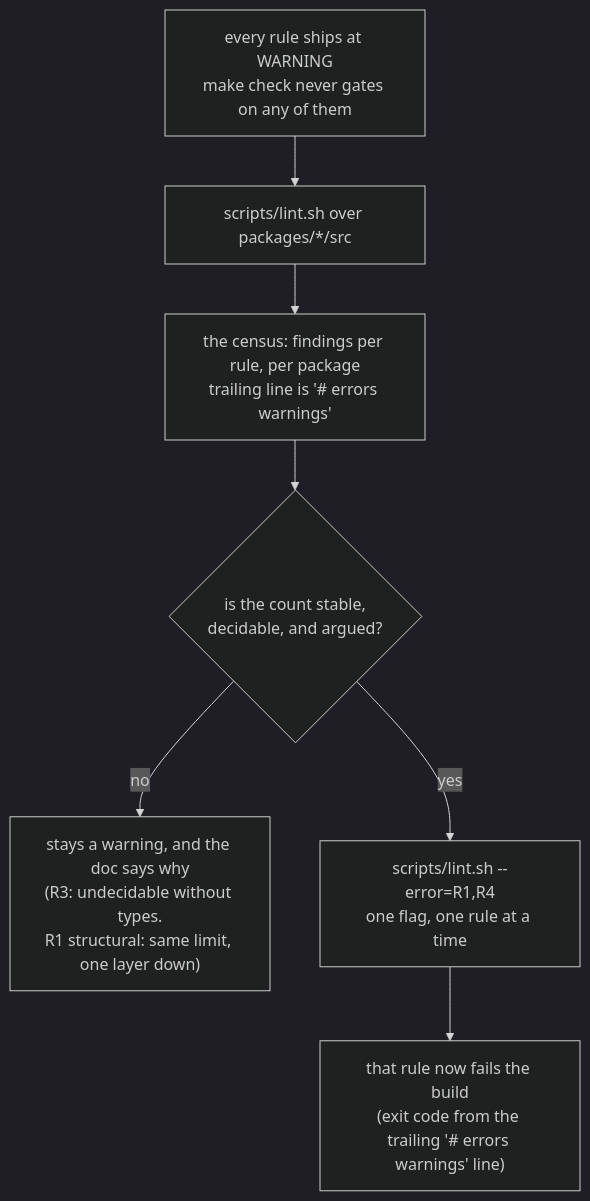
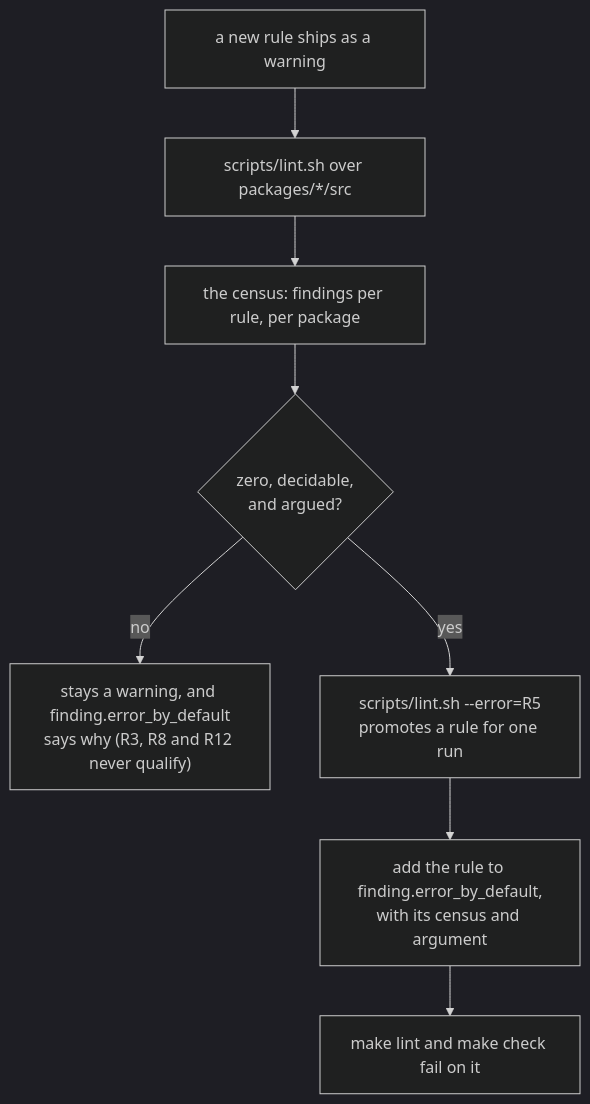
One commit to Roasbeef/jevelin-mcp changed the third of 3 diagrams in packages/lint/README.md. Above: the diagram before and after it, drawn with Mermaid (dark theme). The commit also changed other lines of this file and 5 other files, not shown here.

````diff
--- a/packages/lint/README.md
+++ b/packages/lint/README.md
@@ -151,14 +212,15 @@
 ```mermaid
 flowchart TD
-    WARN["every rule ships at WARNING<br/>make check never gates on any of them"]
+    NEW["a new rule ships as a warning"]
     RUN["scripts/lint.sh over packages/*/src"]
-    CENSUS["the census: findings per rule, per package<br/>trailing line is '# errors warnings'"]
-    STABLE{"is the count stable,<br/>decidable, and argued?"}
-    STAYS["stays a warning, and the doc says why<br/>(R3: undecidable without types.<br/>R1 structural: same limit, one layer down)"]
-    PROMOTE["scripts/lint.sh --error=R1,R4<br/>one flag, one rule at a time"]
-    GATE["that rule now fails the build<br/>(exit code from the trailing '# errors warnings' line)"]
+    CENSUS["the census: findings per rule, per package"]
+    Q{"zero, decidable,<br/>and argued?"}
+    STAY["stays a warning, and finding.error_by_default<br/>says why (R3, R8 and R12 never qualify)"]
+    TRY["scripts/lint.sh --error=R5<br/>promotes a rule for one run"]
+    PROMOTE["add the rule to finding.error_by_default,<br/>with its census and argument"]
+    GATE["make lint and make check fail on it"]
 
-    WARN --> RUN --> CENSUS --> STABLE
-    STABLE -->|no| STAYS
-    STABLE -->|yes| PROMOTE --> GATE
+    NEW --> RUN --> CENSUS --> Q
+    Q -->|no| STAY
+    Q -->|yes| TRY --> PROMOTE --> GATE
 ```
````
